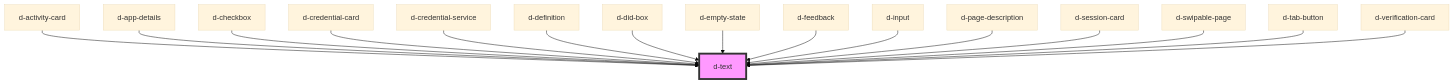
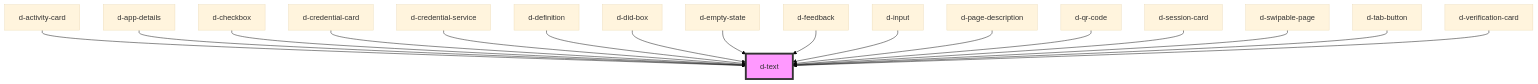
The diagram in src/components/text/readme.md (ForkbombEu/didroom-components), drawn with Mermaid (base theme) before and after one commit. The commit also changed other lines of this file and 8 other files, not shown here.

````diff
--- a/src/components/text/readme.md
+++ b/src/components/text/readme.md
@@ -37,19 +38,20 @@
 ```mermaid
 graph TD;
   d-activity-card --> d-text
   d-app-details --> d-text
   d-checkbox --> d-text
   d-credential-card --> d-text
   d-credential-service --> d-text
   d-definition --> d-text
   d-did-box --> d-text
   d-empty-state --> d-text
   d-feedback --> d-text
   d-input --> d-text
   d-page-description --> d-text
+  d-qr-code --> d-text
   d-session-card --> d-text
   d-swipable-page --> d-text
   d-tab-button --> d-text
   d-verification-card --> d-text
   style d-text fill:#f9f,stroke:#333,stroke-width:4px
 ```
````
